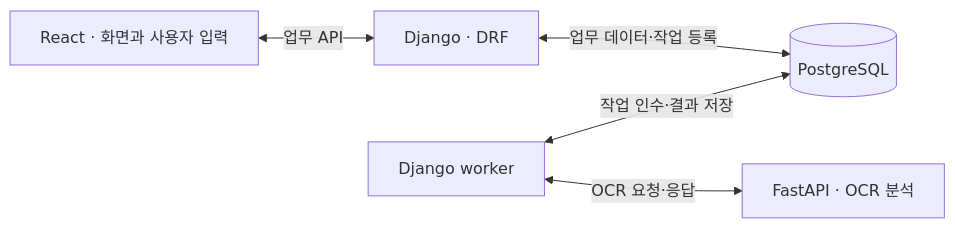
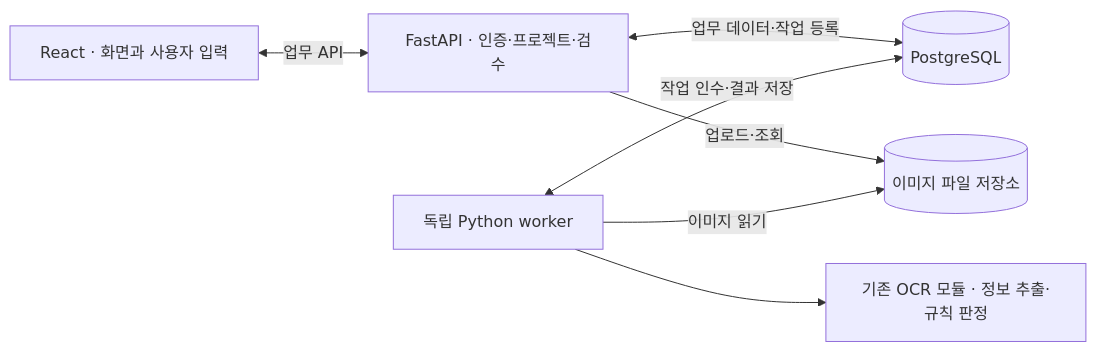
The fourth of 4 diagrams in README.md (20260528-skn-family-ai-33/SKN33-Final-1Team), drawn with Mermaid before and after one commit. The commit also changed other lines of this file and 2 other files, not shown here.

First line of the commit message:
docs(architecture): React + FastAPI 기준으로 프로젝트 문서 정리

````diff
--- a/README.md
+++ b/README.md
@@ -176,7 +178,9 @@
 ```mermaid
 flowchart LR
-    R["React · 화면과 사용자 입력"] <-->|업무 API| D["Django · DRF"]
-    D <-->|업무 데이터·작업 등록| P[("PostgreSQL")]
-    W["Django worker"] <-->|작업 인수·결과 저장| P
-    W <-->|OCR 요청·응답| F["FastAPI · OCR 분석"]
+    R["React · 화면과 사용자 입력"] <-->|업무 API| F["FastAPI · 인증·프로젝트·검수"]
+    F <-->|업무 데이터·작업 등록| P[("PostgreSQL")]
+    F -->|업로드·조회| S[("이미지 파일 저장소")]
+    W["독립 Python worker"] <-->|작업 인수·결과 저장| P
+    W -->|이미지 읽기| S
+    W --> O["기존 OCR 모듈 · 정보 추출·규칙 판정"]
 ```
````
